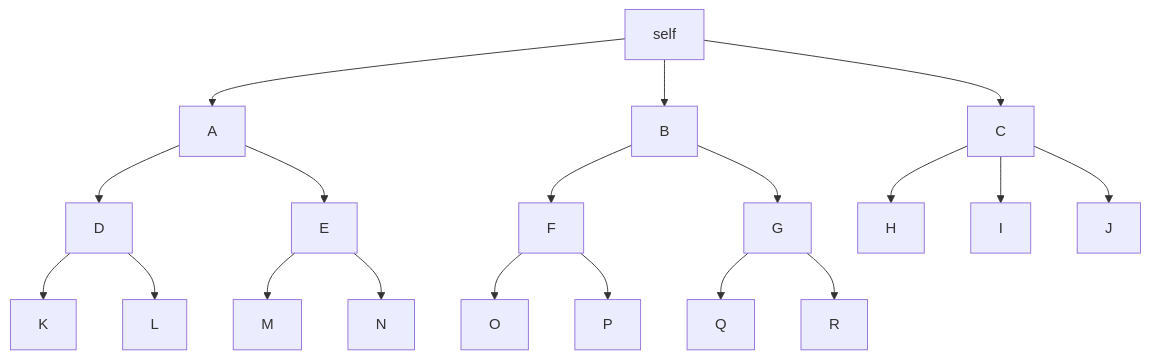
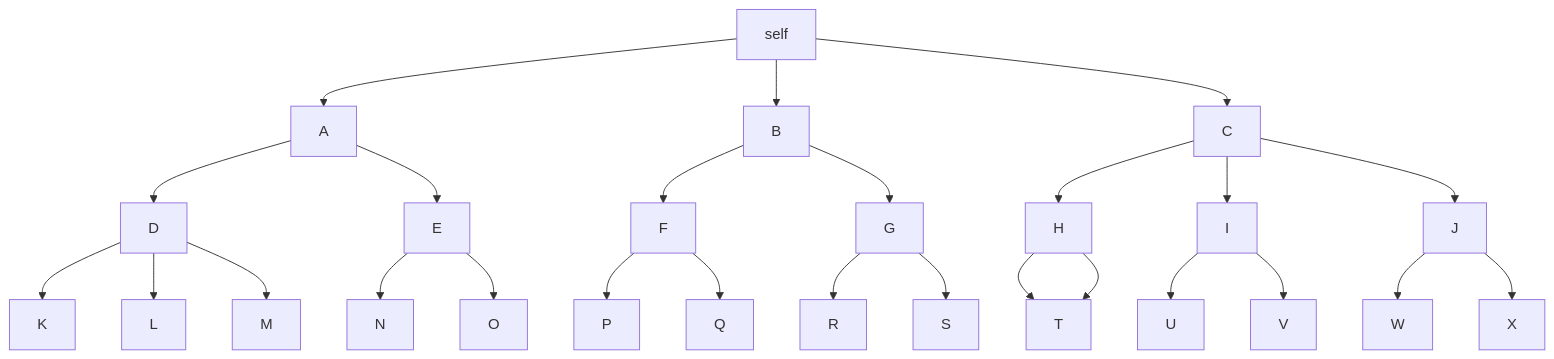
One commit to KyGost/Kopple changed the diagram in documentation/client.md. Above: the diagram before and after it, drawn with Mermaid. The commit also changed other lines of this file, not shown here.

Commit message:
documentation/client.md updated from https://stackedit.io/

````diff
--- a/documentation/client.md
+++ b/documentation/client.md
@@ -12,21 +12,28 @@
 ```mermaid
 graph TD;
 	self-->A;
 	self-->B;
 	self-->C;
 	A-->D;
 	A-->E;
 	B-->F;
 	B-->G;
 	C-->H;
 	C-->I;
 	C-->J;
 	D-->K;
 	D-->L;
-	E-->M;
+	D-->M;
 	E-->N;
-	F-->O;
+	E-->O;
 	F-->P;
-	G-->Q;
+	F-->Q;
 	G-->R;
+	G-->S;
+	H-->T;
+	H-->T;
+	I-->U;
+	I-->V;
+	J-->W;
+	J-->X;
 ```
````
